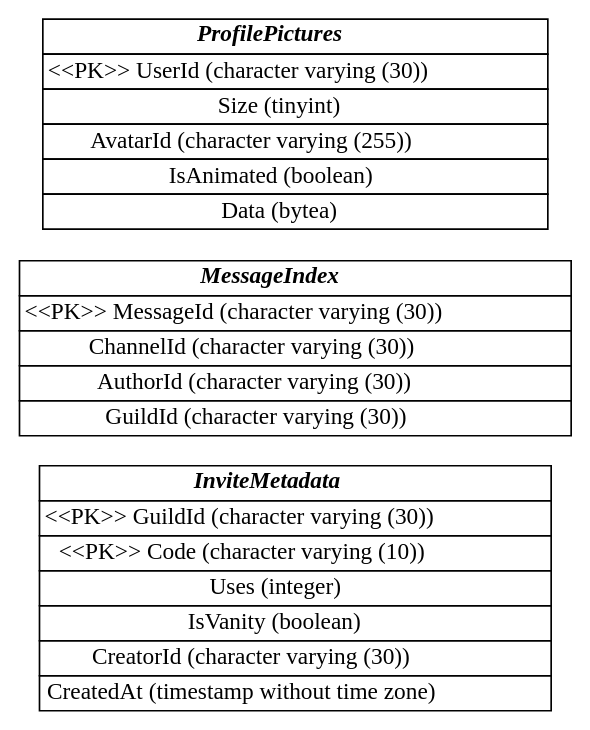
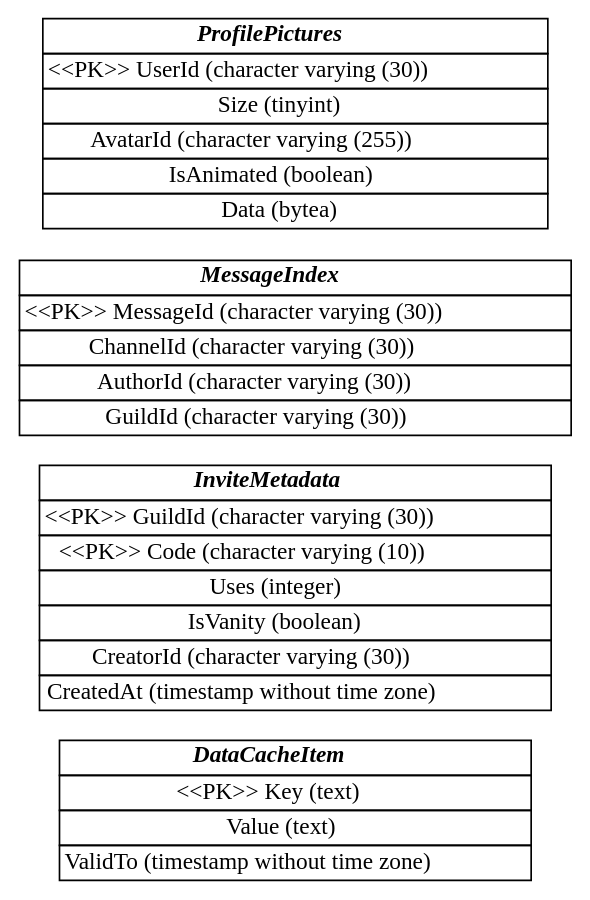
One commit to GrillBot/grillbot-docs changed the diagram in data/cache.dot. Above: the diagram before and after it, drawn with Graphviz. The commit also changed 2 other files, not shown here.

Commit message:
Updated dependency and cache graphs

```diff
--- a/data/cache.dot
+++ b/data/cache.dot
@@ -1,67 +1,82 @@
 digraph ER {
     rankdir=LR
     node[shape=plain]
+    
+    DataCacheItem [label=<
+        <table border="0" cellborder="1" cellspacing="0">
+            <tr><td><i><b>DataCacheItem</b></i></td></tr>
+            <tr>
+                <td port="Key">&lt;&lt;PK&gt;&gt; Key (text)</td>
+            </tr>
+            <tr>
+                <td port="Value">Value (text)</td>
+            </tr>
+            <tr>
+                <td port="ValidTo">ValidTo (timestamp without time zone)</td>
+            </tr>
+        </table>
+    >];
     
     InviteMetadata [label=<
         <table border="0" cellborder="1" cellspacing="0">
             <tr><td><i><b>InviteMetadata</b></i></td></tr>
             <tr>
                 <td port="GuildId">&lt;&lt;PK&gt;&gt; GuildId (character varying (30))</td>
             </tr>
             <tr>
                 <td port="Code">&lt;&lt;PK&gt;&gt; Code (character varying (10))</td>
             </tr>
             <tr>
                 <td port="Uses">Uses (integer)</td>
             </tr>
             <tr>
                 <td port="IsVanity">IsVanity (boolean)</td>
             </tr>
             <tr>
                 <td port="CreatorId">CreatorId (character varying (30))</td>
             </tr>
             <tr>
                 <td port="CreatedAt">CreatedAt (timestamp without time zone)</td>
             </tr>
         </table>
     >];
     
     MessageIndex [label=<
         <table border="0" cellborder="1" cellspacing="0">
             <tr><td><i><b>MessageIndex</b></i></td></tr>
             <tr>
                 <td port="MessageId">&lt;&lt;PK&gt;&gt; MessageId (character varying (30))</td>
             </tr>
             <tr>
                 <td port="ChannelId">ChannelId (character varying (30))</td>
             </tr>
             <tr>
                 <td port="AuthorId">AuthorId (character varying (30))</td>
             </tr>
             <tr>
                 <td port="GuildId">GuildId (character varying (30))</td>
             </tr>
         </table>
     >];
     
     ProfilePictures [label=<
         <table border="0" cellborder="1" cellspacing="0">
             <tr><td><i><b>ProfilePictures</b></i></td></tr>
             <tr>
                 <td port="UserId">&lt;&lt;PK&gt;&gt; UserId (character varying (30))</td>
             </tr>
             <tr>
                 <td port="Size">Size (tinyint)</td>
             </tr>
             <tr>
                 <td port="AvatarId">AvatarId (character varying (255))</td>
             </tr>
             <tr>
                 <td port="IsAnimated">IsAnimated (boolean)</td>
             </tr>
             <tr>
                 <td port="Data">Data (bytea)</td>
             </tr>
         </table>
     >];
 }
```
